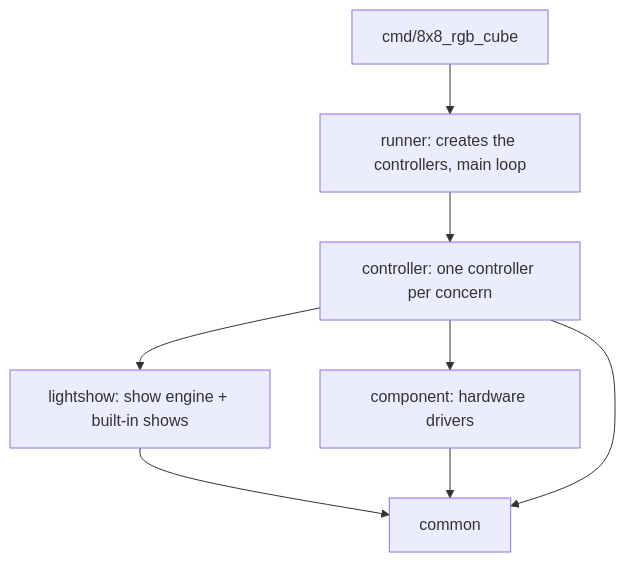
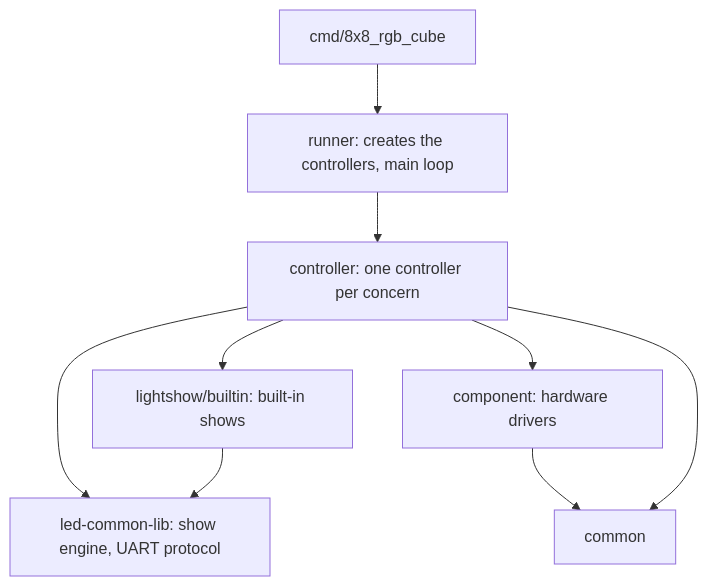
Before and after one commit to Tariomka/stm32-led-cube: the diagram in docs/documentation/firmware.md, drawn with Mermaid. The commit also changed other lines of this file and 42 other files, not shown here.

Commit message:
Updated to use Common lib and newer versions(#9)

````diff
--- a/docs/documentation/firmware.md
+++ b/docs/documentation/firmware.md
@@ -9,10 +9,11 @@
 ```mermaid
 flowchart TD
     main[cmd/8x8_rgb_cube] --> runner
     runner[runner: creates the controllers, main loop] --> controller
     controller[controller: one controller per concern] --> lightshow
     controller --> component
-    lightshow[lightshow: show engine + built-in shows] --> common
+    controller --> lib
+    lightshow[lightshow/builtin: built-in shows] --> lib[led-common-lib: show engine, UART protocol]
     component[component: hardware drivers] --> common
     controller --> common
 ```
````
